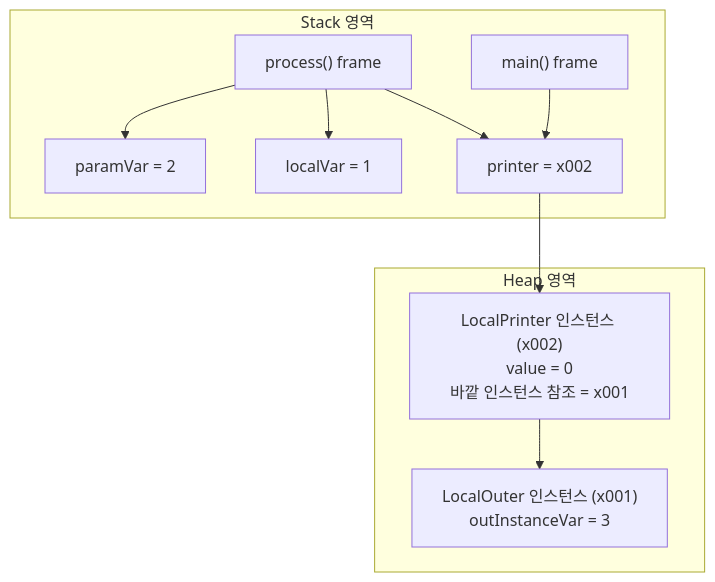
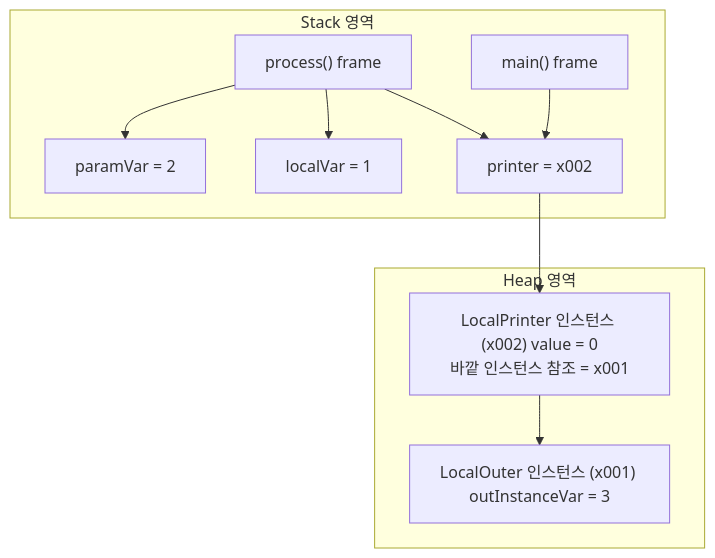
Before and after one commit to xmlbuilder/JavaTutorial: the first of 5 diagrams in 03.중급-1/08-02-중첩_클래스_내부 클래스.md, drawn with Mermaid.

Commit message:
Update 08-02-중첩_클래스_내부 클래스.md

````diff
--- a/03.중급-1/08-02-중첩_클래스_내부 클래스.md
+++ b/03.중급-1/08-02-중첩_클래스_내부 클래스.md
@@ -42,19 +42,19 @@
 ```mermaid
 graph TD
     subgraph Stack 영역
         mainFrame["main() frame"]
         processFrame["process() frame"]
         processFrame --> paramVar["paramVar = 2"]
         processFrame --> localVar["localVar = 1"]
         processFrame --> printerRef["printer = x002"]
     end
 
     subgraph Heap 영역
-        outerObj["LocalOuter 인스턴스 (x001)\noutInstanceVar = 3"]
-        printerObj["LocalPrinter 인스턴스 (x002)\nvalue = 0\n바깥 인스턴스 참조 = x001"]
+        outerObj["LocalOuter 인스턴스 (x001) outInstanceVar = 3"]
+        printerObj["LocalPrinter 인스턴스 (x002) value = 0\n바깥 인스턴스 참조 = x001"]
         printerObj --> outerObj
     end
 
     mainFrame --> printerRef
     printerRef --> printerObj
 ```
````
